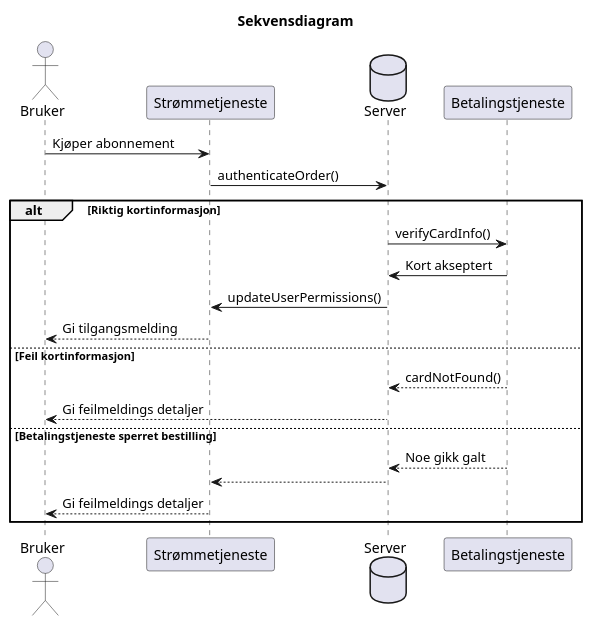
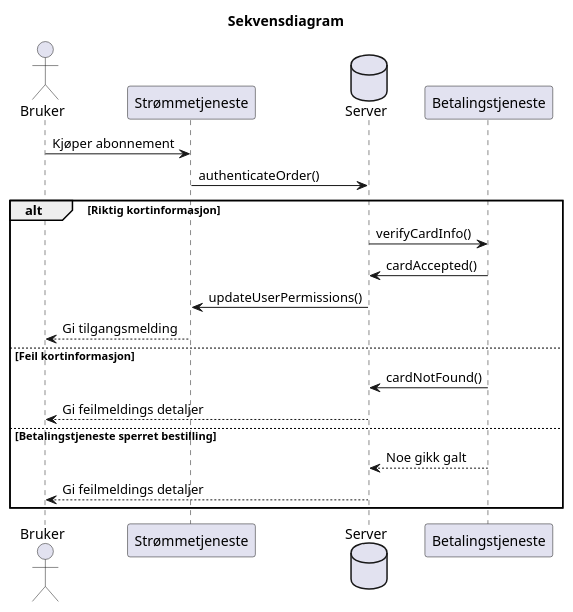
One commit to Scarcy/oblig2 changed the diagram in oblig1/sekvens.plantuml. Above: the diagram before and after it, drawn with PlantUML. The commit also changed 1 other file, not shown here.

Commit message:
Siste oppdatering på sekvens diagram

```diff
--- a/oblig1/sekvens.plantuml
+++ b/oblig1/sekvens.plantuml
@@ -1,32 +1,31 @@
 @startuml Sekvensdiagram
 ' Oppgave: 
 ' Lag et sekvensdiagram som viser hvordan flyten 
 ' mellom hvert lag i systemet kan være når en bruker ønsker å betale 
 ' for innhold på en slik tjeneste. Anta at kunden betaler med et 
 ' kredittkort. Bruk verb eller metodenavn som tekst over hver pil.
 
 ' Hoved ting som bruker,server og 3. parts betalingstjenester
 title Sekvensdiagram
 actor Bruker                   as bruker
 participant Strømmetjeneste    as stream
 database Server                as server
 participant Betalingstjeneste  as 3rd
 
 ' Handlinger
 bruker -> stream      : Kjøper abonnement
 stream -> server      : authenticateOrder()
 alt Riktig kortinformasjon
     server -> 3rd     : verifyCardInfo()
-    3rd -> server     : Kort akseptert
+    3rd -> server     : cardAccepted()
     server -> stream  : updateUserPermissions()
     stream --> bruker : Gi tilgangsmelding 
 else Feil kortinformasjon
-    3rd --> server    : cardNotFound()
+    3rd -> server    : cardNotFound()
     server --> bruker : Gi feilmeldings detaljer
 else Betalingstjeneste sperret bestilling
     'server -> 3rd     : verifyCardInfo()
     3rd --> server    : Noe gikk galt
-    server --> stream : 
-    stream --> bruker  : Gi feilmeldings detaljer
+    server --> bruker : Gi feilmeldings detaljer 
 end
 @enduml
```
